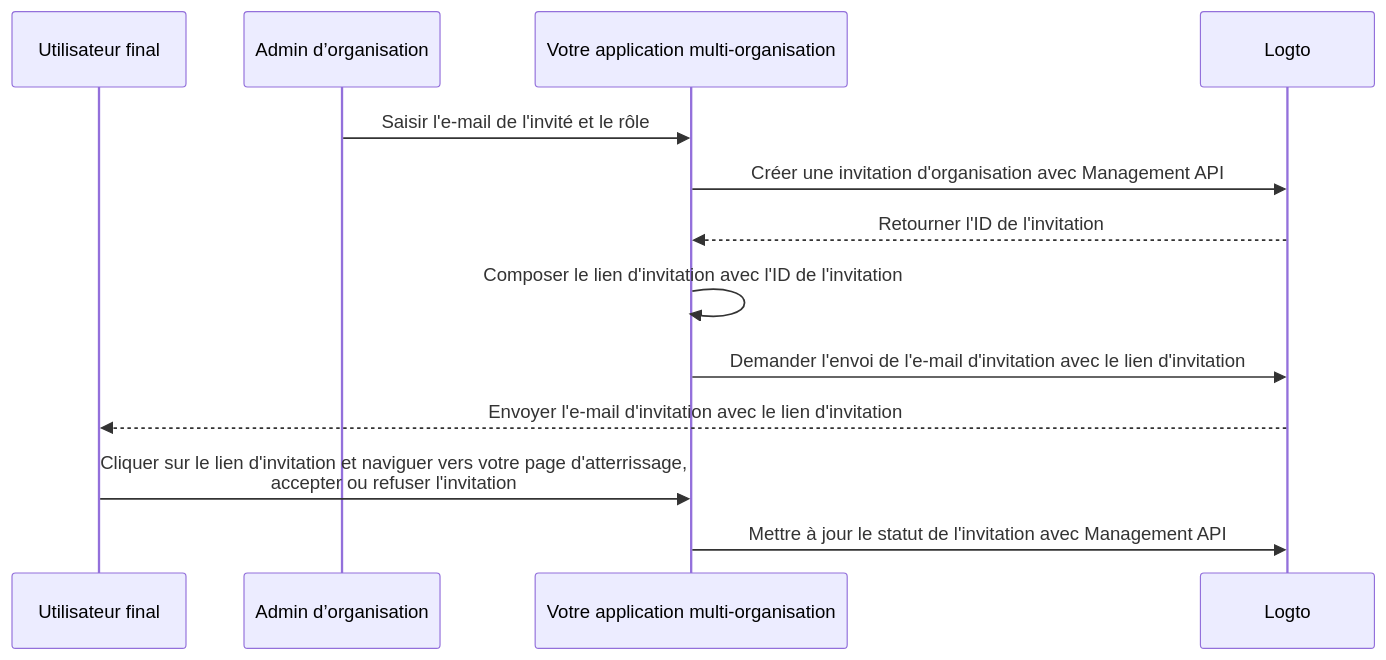
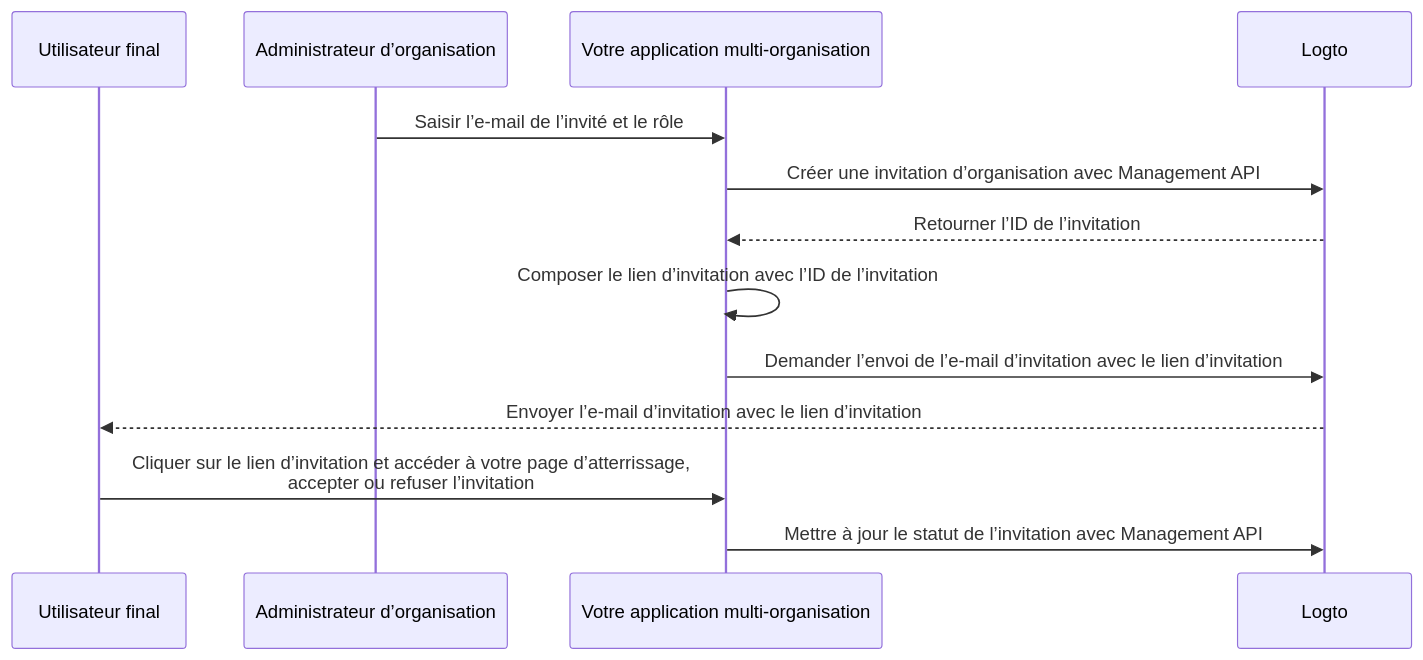
One commit to logto-io/docs changed the diagram in i18n/fr/docusaurus-plugin-content-docs/current/end-user-flows/organization-experience/invite-organization-members.mdx. Above: the diagram before and after it, drawn with Mermaid. The commit also changed other lines of this file and 96 other files, not shown here.

````diff
--- a/i18n/fr/docusaurus-plugin-content-docs/current/end-user-flows/organization-experience/invite-organization-members.mdx
+++ b/i18n/fr/docusaurus-plugin-content-docs/current/end-user-flows/organization-experience/invite-organization-members.mdx
@@ -13,16 +13,16 @@
 ```mermaid
 sequenceDiagram
 	Participant U as Utilisateur final
-  Participant A as Admin d’organisation
+  Participant A as Administrateur d’organisation
   Participant C as Votre application multi-organisation
 	Participant L as Logto
 
-  A ->> C: Saisir l'e-mail de l'invité et le rôle
-  C ->> L: Créer une invitation d'organisation avec Management API
-  L -->> C: Retourner l'ID de l'invitation
-  C ->> C: Composer le lien d'invitation avec l'ID de l'invitation
-  C ->> L: Demander l'envoi de l'e-mail d'invitation avec le lien d'invitation
-  L -->> U: Envoyer l'e-mail d'invitation avec le lien d'invitation
-  U ->> C: Cliquer sur le lien d'invitation et naviguer vers votre page d'atterrissage,<br /> accepter ou refuser l'invitation
-  C ->> L: Mettre à jour le statut de l'invitation avec Management API
+  A ->> C: Saisir l’e-mail de l’invité et le rôle
+  C ->> L: Créer une invitation d’organisation avec Management API
+  L -->> C: Retourner l’ID de l’invitation
+  C ->> C: Composer le lien d’invitation avec l’ID de l’invitation
+  C ->> L: Demander l’envoi de l’e-mail d’invitation avec le lien d’invitation
+  L -->> U: Envoyer l’e-mail d’invitation avec le lien d’invitation
+  U ->> C: Cliquer sur le lien d’invitation et accéder à votre page d’atterrissage,<br /> accepter ou refuser l’invitation
+  C ->> L: Mettre à jour le statut de l’invitation avec Management API
 ```
````
